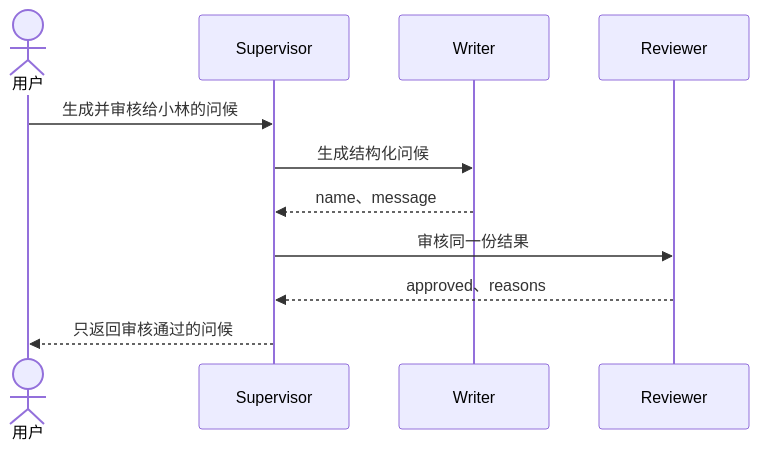
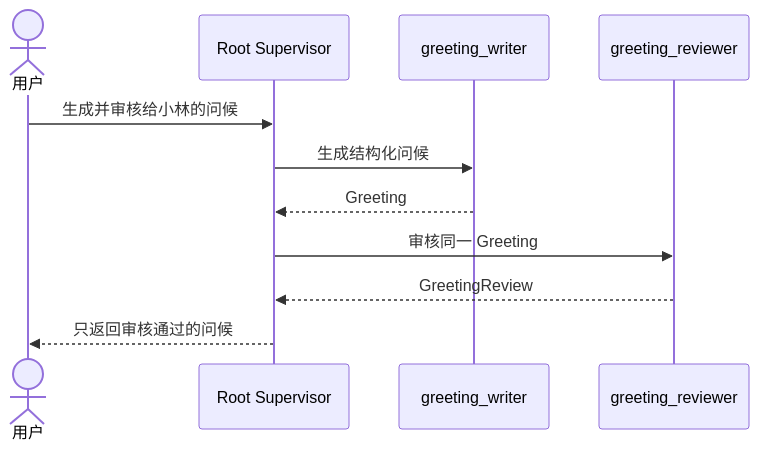
One commit to JO-WTF/open-web-codex changed the fourth of 5 diagrams in docs/multi-agent-development-tutorial.md. Above: the diagram before and after it, drawn with Mermaid. The commit also changed other lines of this file and 100 other files, not shown here.

````diff
--- a/docs/multi-agent-development-tutorial.md
+++ b/docs/multi-agent-development-tutorial.md
@@ -149,14 +183,14 @@
 ```mermaid
 sequenceDiagram
     actor U as 用户
-    participant S as Supervisor
-    participant W as Writer
-    participant R as Reviewer
+    participant S as Root Supervisor
+    participant W as greeting_writer
+    participant R as greeting_reviewer
 
     U->>S: 生成并审核给小林的问候
     S->>W: 生成结构化问候
-    W-->>S: name、message
-    S->>R: 审核同一份结果
-    R-->>S: approved、reasons
+    W-->>S: Greeting
+    S->>R: 审核同一 Greeting
+    R-->>S: GreetingReview
     S-->>U: 只返回审核通过的问候
 ```
````
